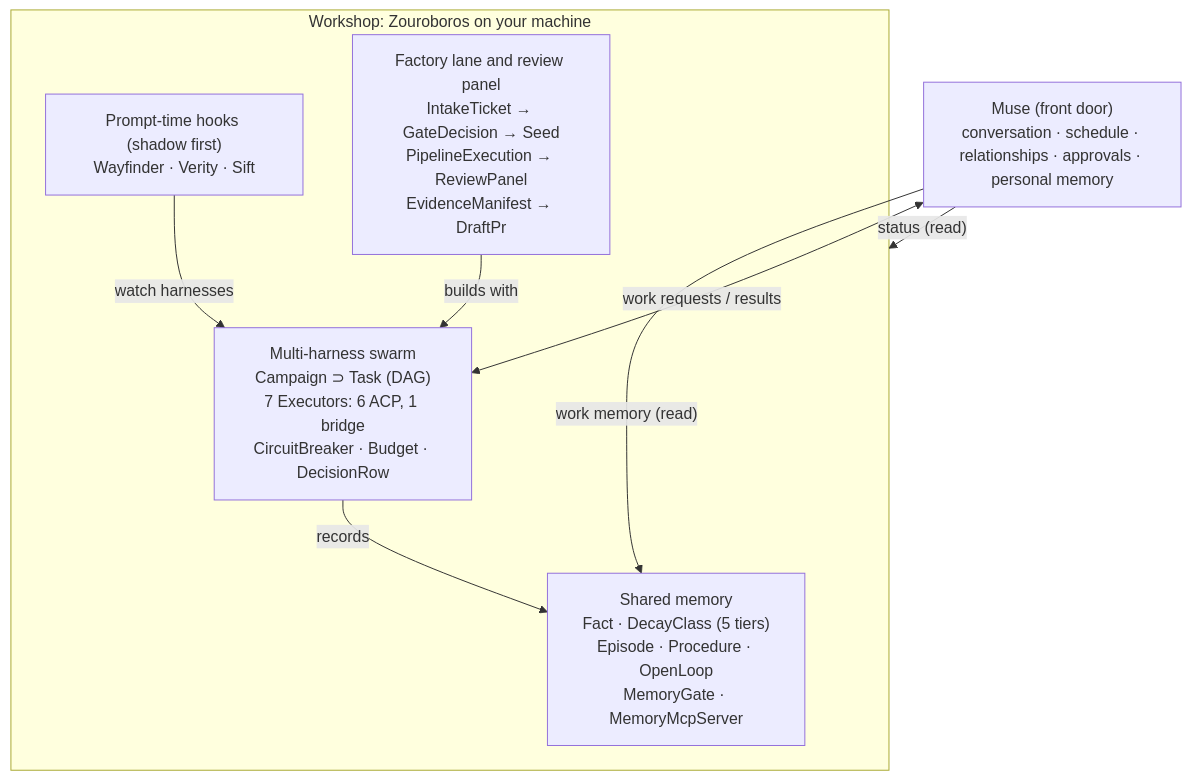
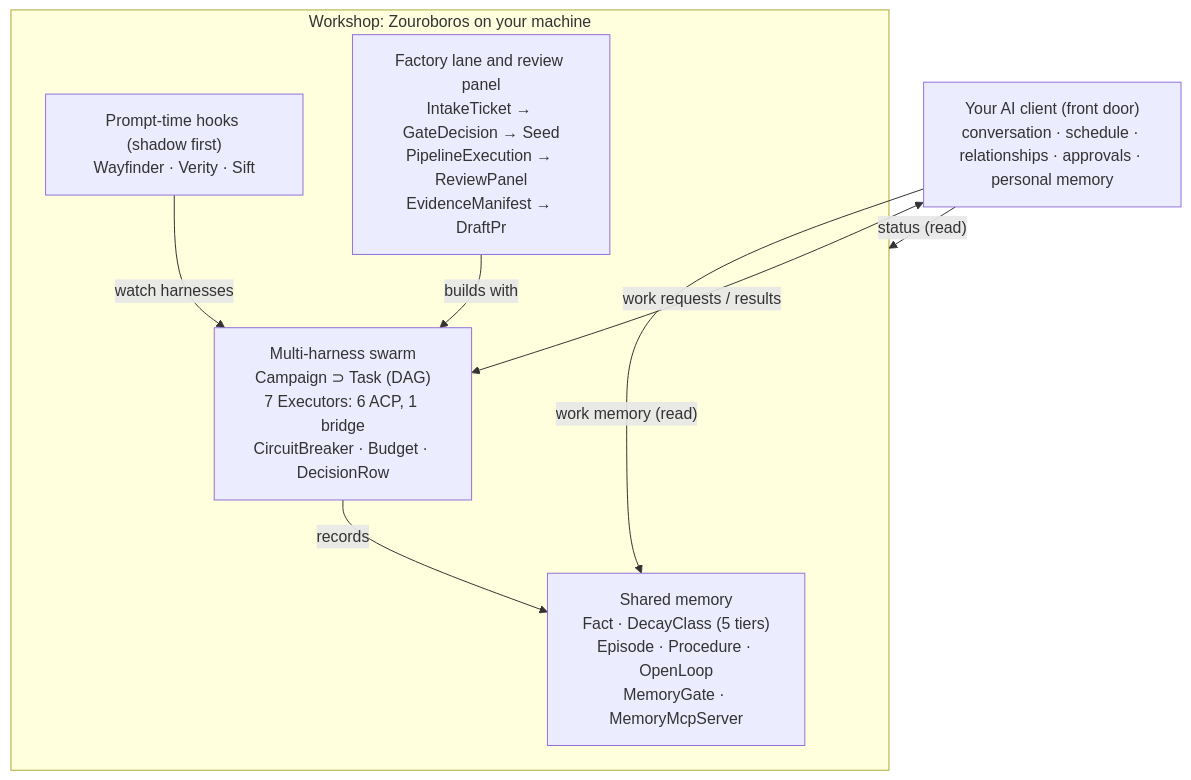
Before and after one commit to marlandoj/muse-zouroboros: the diagram in docs/ontology.md, drawn with Mermaid. The commit also changed other lines of this file and 28 other files, not shown here.

````diff
--- a/docs/ontology.md
+++ b/docs/ontology.md
@@ -22,16 +22,16 @@
 ```mermaid
 flowchart TB
-  muse["Muse (front door)<br/>conversation · schedule · relationships · approvals · personal memory"]
+  client["Your AI client (front door)<br/>conversation · schedule · relationships · approvals · personal memory"]
   subgraph WS["Workshop: Zouroboros on your machine"]
     mem["Shared memory<br/>Fact · DecayClass (5 tiers)<br/>Episode · Procedure · OpenLoop<br/>MemoryGate · MemoryMcpServer"]
     sw["Multi-harness swarm<br/>Campaign ⊃ Task (DAG)<br/>7 Executors: 6 ACP, 1 bridge<br/>CircuitBreaker · Budget · DecisionRow"]
     hk["Prompt-time hooks (shadow first)<br/>Wayfinder · Verity · Sift"]
     fa["Factory lane and review panel<br/>IntakeTicket → GateDecision → Seed<br/>PipelineExecution → ReviewPanel<br/>EvidenceManifest → DraftPr"]
   end
-  muse -- "status (read)" --> WS
-  muse -- "work memory (read)" --> mem
-  muse <-- "work requests / results" --> sw
+  client -- "status (read)" --> WS
+  client -- "work memory (read)" --> mem
+  client <-- "work requests / results" --> sw
   sw -- records --> mem
   fa -- builds with --> sw
   hk -- watch harnesses --> sw
 ```
````
